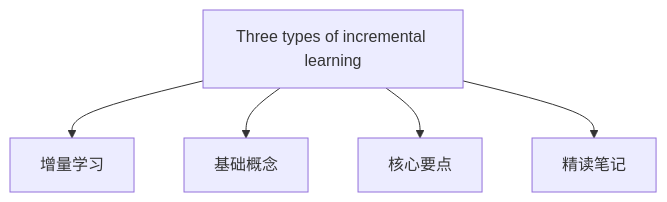
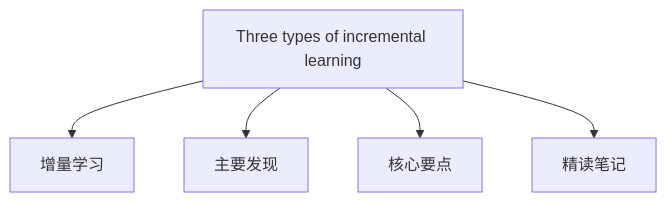
One commit to RenaissanceT/Continual_Learning_for_Time_Series_Survey_and_Evaluation changed the first of 2 diagrams in Article Analysis/1. Three types of incremental learning.md. Above: the diagram before and after it, drawn with Mermaid. The commit also changed other lines of this file, not shown here.

Commit message:
Update 1. Three types of incremental learning.md

````diff
--- a/Article Analysis/1. Three types of incremental learning.md
+++ b/Article Analysis/1. Three types of incremental learning.md
@@ -7,7 +7,7 @@
 ```mermaid
 graph TD
     A[Three types of incremental learning] --> B[增量学习]
-    A --> C[基础概念]
+    A --> C[主要发现]
     A --> D[核心要点]
     A --> E[精读笔记]
 ```
````
